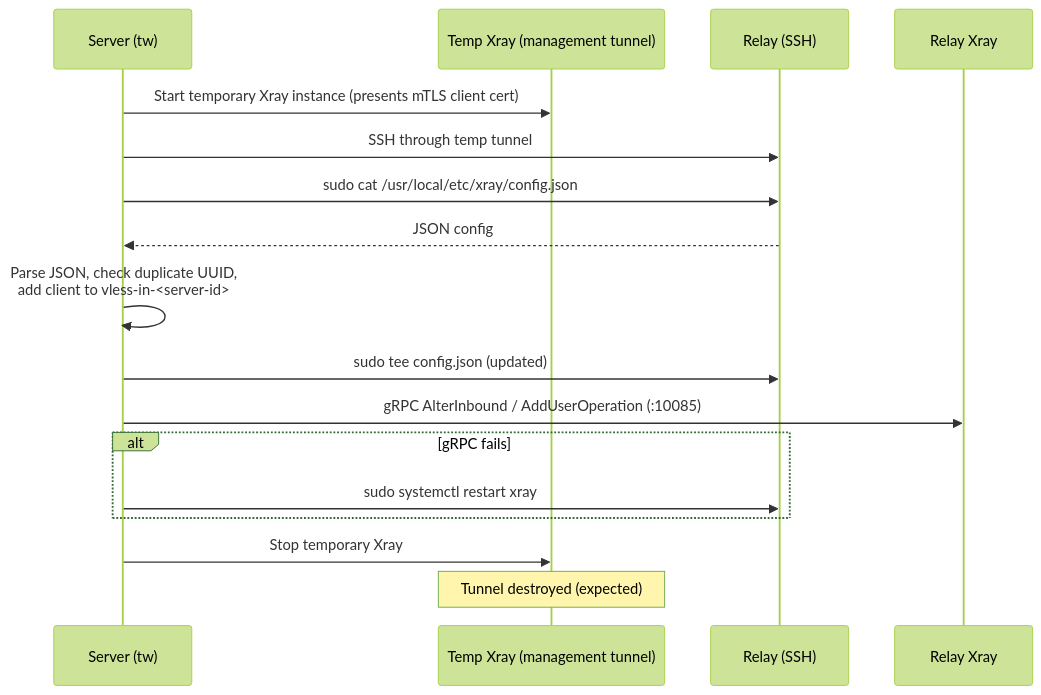
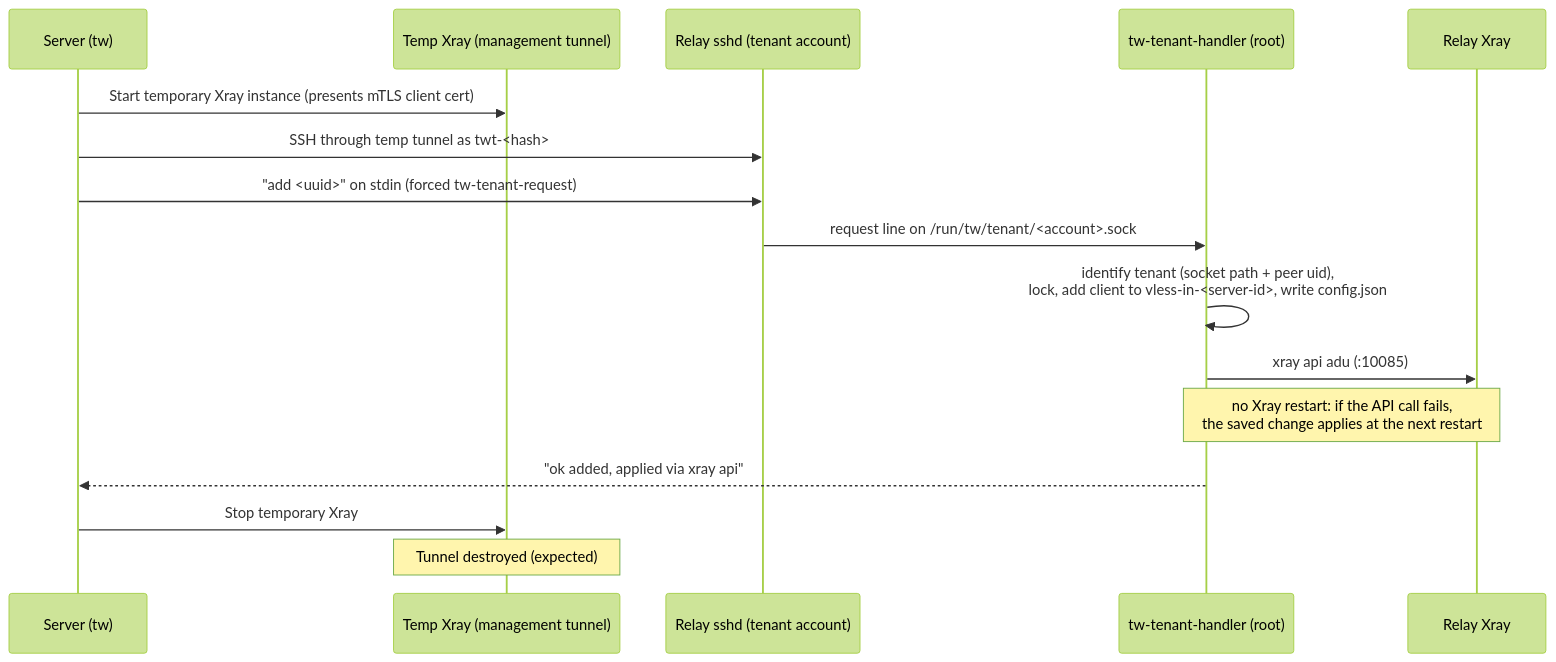
One commit to Tunnel-Whisperer/Tunnel-Whisperer changed the second of 7 diagrams in docs/architecture/cross-cutting.md. Above: the diagram before and after it, drawn with Mermaid (forest theme). The commit also changed other lines of this file and 96 other files, not shown here.

````diff
--- a/docs/architecture/cross-cutting.md
+++ b/docs/architecture/cross-cutting.md
@@ -57,20 +57,19 @@
 ```mermaid
 sequenceDiagram
     participant S as Server (tw)
     participant TX as Temp Xray (management tunnel)
-    participant R as Relay (SSH)
+    participant R as Relay sshd (tenant account)
+    participant H as tw-tenant-handler (root)
     participant XR as Relay Xray
 
     S ->> TX: Start temporary Xray instance (presents mTLS client cert)
-    S ->> R: SSH through temp tunnel
-    S ->> R: sudo cat /usr/local/etc/xray/config.json
-    R -->> S: JSON config
-    S ->> S: Parse JSON, check duplicate UUID,<br/>add client to vless-in-#lt;server-id#gt;
-    S ->> R: sudo tee config.json (updated)
-    S ->> XR: gRPC AlterInbound / AddUserOperation (:10085)
-    alt gRPC fails
-        S ->> R: sudo systemctl restart xray
-    end
+    S ->> R: SSH through temp tunnel as twt-#lt;hash#gt;
+    S ->> R: "add #lt;uuid#gt;" on stdin (forced tw-tenant-request)
+    R ->> H: request line on /run/tw/tenant/#lt;account#gt;.sock
+    H ->> H: identify tenant (socket path + peer uid),<br/>lock, add client to vless-in-#lt;server-id#gt;, write config.json
+    H ->> XR: xray api adu (:10085)
+    Note over H,XR: no Xray restart: if the API call fails,<br/>the saved change applies at the next restart
+    H -->> S: "ok added, applied via xray api"
     S ->> TX: Stop temporary Xray
     Note over TX: Tunnel destroyed (expected)
 ```
````
